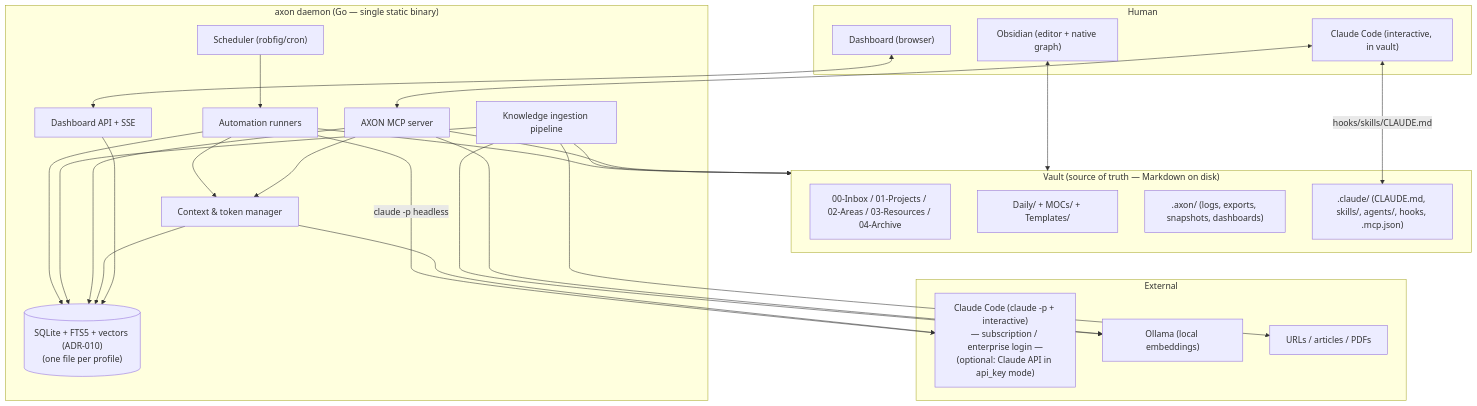
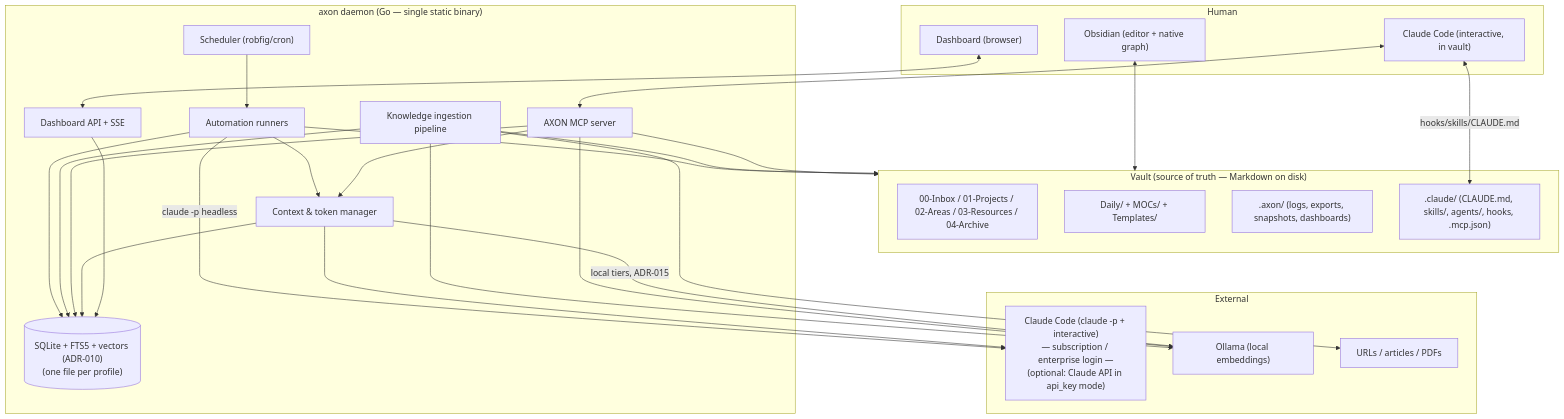
Before and after one commit to jandro-es/axon: the diagram in docs/02-architecture.md, drawn with Mermaid. The commit also changed 4 other files, not shown here.

````diff
--- a/docs/02-architecture.md
+++ b/docs/02-architecture.md
@@ -5,52 +5,53 @@
 ```mermaid
 flowchart TB
     subgraph Human["Human"]
         OBS["Obsidian (editor + native graph)"]
         DASH["Dashboard (browser)"]
         CC["Claude Code (interactive, in vault)"]
     end
 
     subgraph Vault["Vault (source of truth — Markdown on disk)"]
         PARA["00-Inbox / 01-Projects / 02-Areas / 03-Resources / 04-Archive"]
         DAILY["Daily/ + MOCs/ + Templates/"]
         AXDIR[".axon/ (logs, exports, snapshots, dashboards)"]
         CLDIR[".claude/ (CLAUDE.md, skills/, agents/, hooks, .mcp.json)"]
     end
 
     subgraph Daemon["axon daemon (Go — single static binary)"]
         SCHED["Scheduler (robfig/cron)"]
         AUTO["Automation runners"]
         INGEST["Knowledge ingestion pipeline"]
         TOKENS["Context & token manager"]
         MCP["AXON MCP server"]
         API["Dashboard API + SSE"]
         DB[("SQLite + FTS5 + vectors (ADR-010)\n(one file per profile)")]
     end
 
     subgraph External["External"]
         CLAUDE["Claude Code (claude -p + interactive)\n— subscription / enterprise login —\n(optional: Claude API in api_key mode)"]
         OLLAMA["Ollama (local embeddings)"]
         WEB["URLs / articles / PDFs"]
     end
 
     OBS <--> Vault
     CC <--> MCP
     CC <-->|hooks/skills/CLAUDE.md| CLDIR
     DASH <--> API
     SCHED --> AUTO
     AUTO -->|claude -p headless| CLAUDE
     AUTO --> Vault
     AUTO --> DB
     INGEST --> WEB
     INGEST --> OLLAMA
     INGEST --> Vault
     INGEST --> DB
     MCP --> DB
     MCP --> Vault
     MCP --> OLLAMA
     TOKENS --> CLAUDE
+    TOKENS -->|local tiers, ADR-015| OLLAMA
     TOKENS --> DB
     AUTO --> TOKENS
     MCP --> TOKENS
     API --> DB
 ```
````
